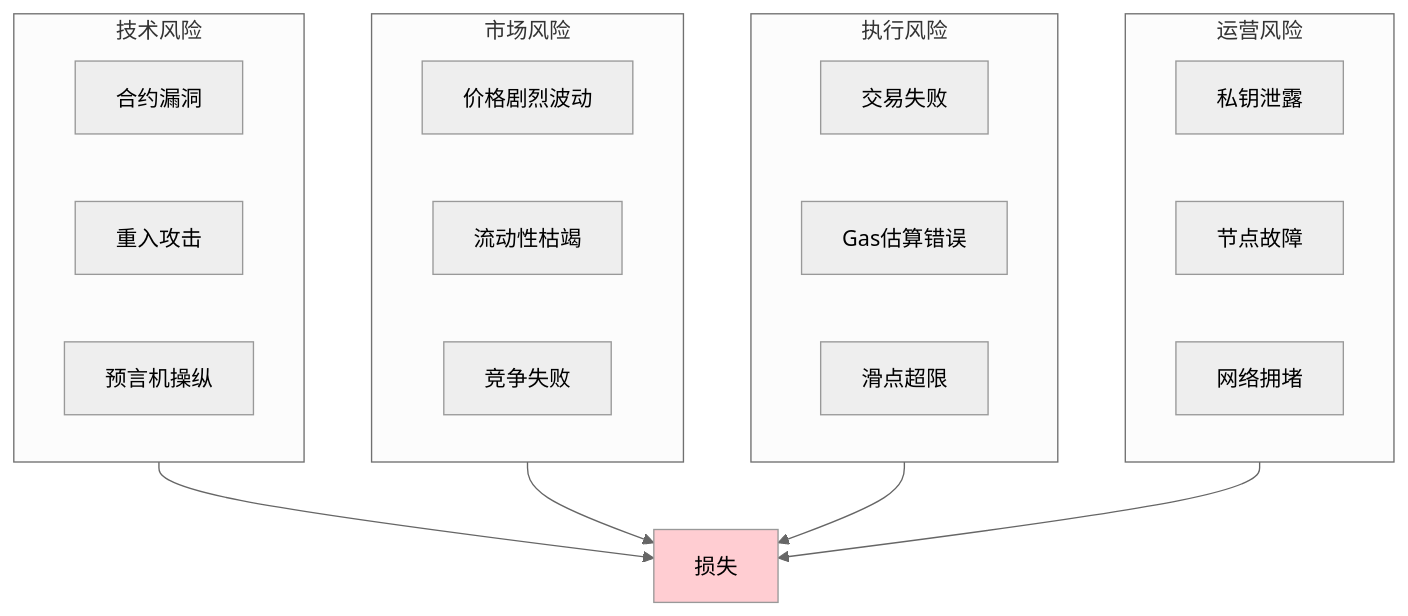
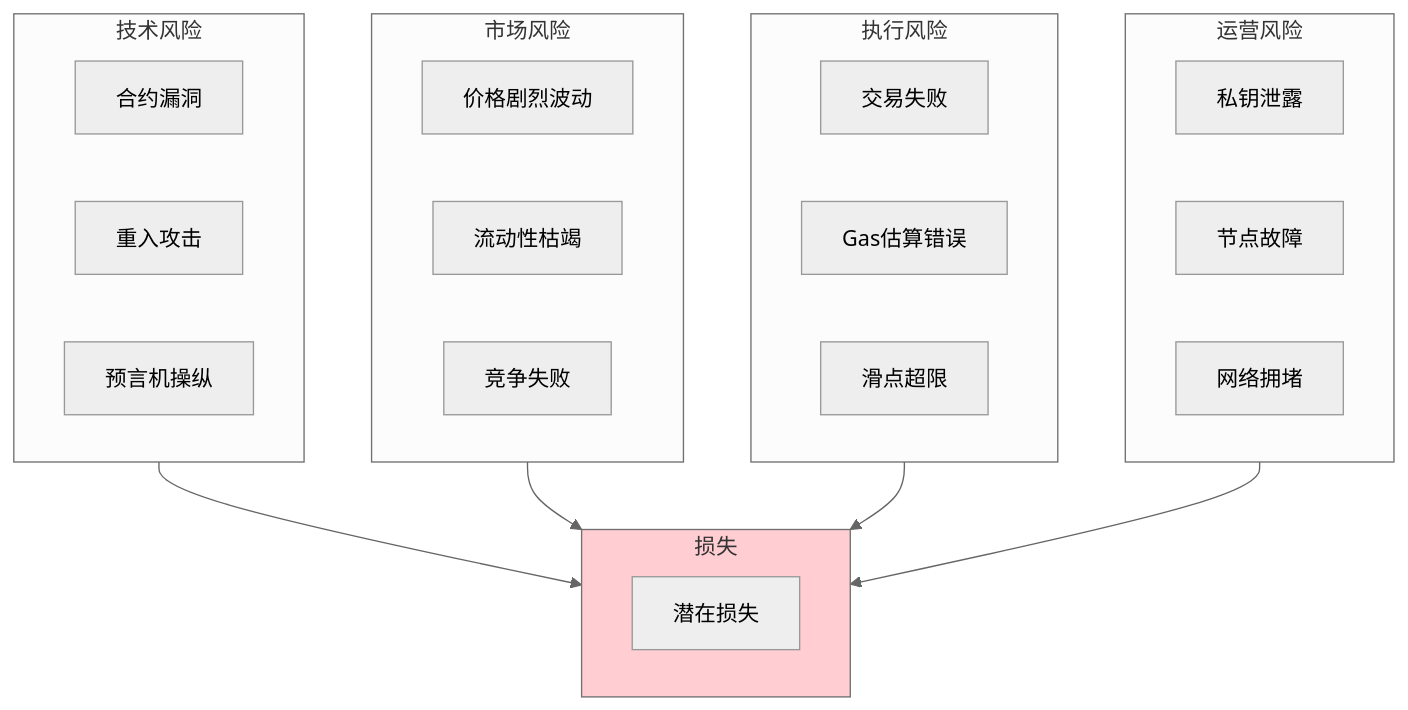
One commit to blockchainGuide/blockchainguide changed diagram 21 of 25 in DApp_Development/应用场景/defi/uniswap/v3/07-MEV与套利策略.md. Above: the diagram before and after it, drawn with Mermaid (neutral theme). The commit also changed other lines of this file and 14 other files, not shown here.

````diff
--- a/DApp_Development/应用场景/defi/uniswap/v3/07-MEV与套利策略.md
+++ b/DApp_Development/应用场景/defi/uniswap/v3/07-MEV与套利策略.md
@@ -1136,30 +1165,37 @@
 ```mermaid
 flowchart TB
-    subgraph 技术风险
+    subgraph TechGroup["技术风险"]
         T1[合约漏洞]
         T2[重入攻击]
         T3[预言机操纵]
     end
 
-    subgraph 市场风险
+    subgraph MarketGroup["市场风险"]
         M1[价格剧烈波动]
         M2[流动性枯竭]
         M3[竞争失败]
     end
 
-    subgraph 执行风险
+    subgraph ExecGroup["执行风险"]
         E1[交易失败]
         E2[Gas估算错误]
         E3[滑点超限]
     end
 
-    subgraph 运营风险
+    subgraph OpsGroup["运营风险"]
         O1[私钥泄露]
         O2[节点故障]
         O3[网络拥堵]
     end
 
-    技术风险 & 市场风险 & 执行风险 & 运营风险 --> 损失
+    subgraph Result["损失"]
+        LOSS[潜在损失]
+    end
 
-    style 损失 fill:#ffcdd2
+    TechGroup --> Result
+    MarketGroup --> Result
+    ExecGroup --> Result
+    OpsGroup --> Result
+
+    style Result fill:#ffcdd2
 ```
````
